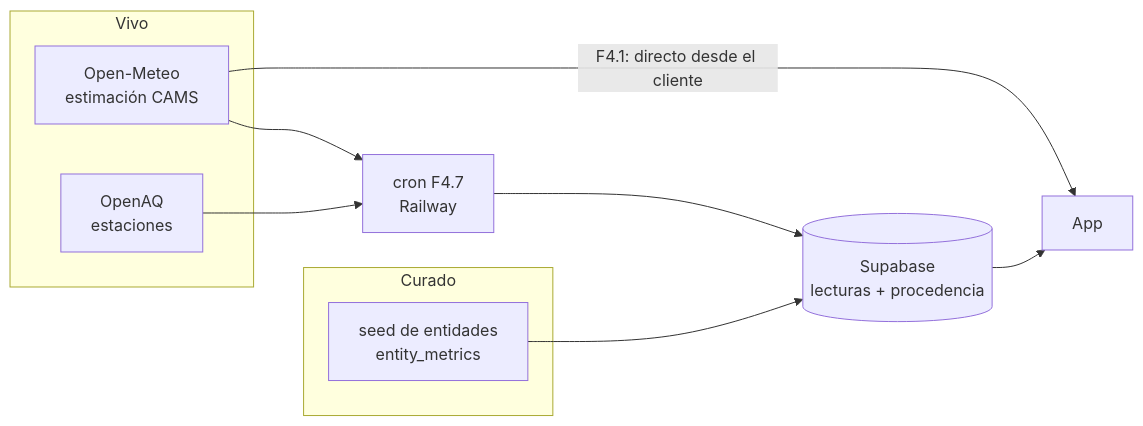
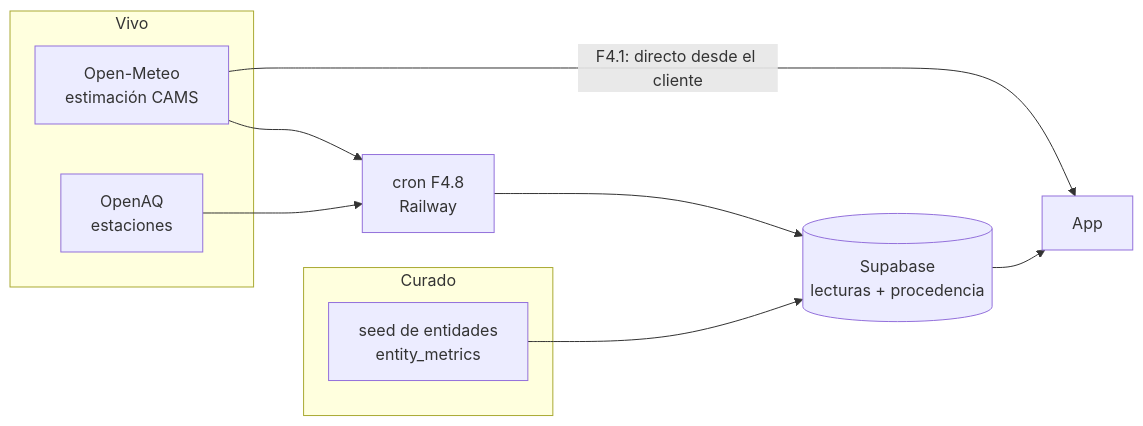
One commit to ExpeAvomo15/oveng-envhealth changed the diagram in docs/08_DATOS_EN_VIVO.md. Above: the diagram before and after it, drawn with Mermaid. The commit also changed other lines of this file and 132 other files, not shown here.

````diff
--- a/docs/08_DATOS_EN_VIVO.md
+++ b/docs/08_DATOS_EN_VIVO.md
@@ -113,20 +113,20 @@
 ```mermaid
 graph LR
     subgraph vivo["Vivo"]
         om["Open-Meteo<br/>estimación CAMS"]
         oaq["OpenAQ<br/>estaciones"]
     end
     subgraph curado["Curado"]
         seed["seed de entidades<br/>entity_metrics"]
     end
-    cron["cron F4.7<br/>Railway"]
+    cron["cron F4.8<br/>Railway"]
     db[("Supabase<br/>lecturas + procedencia")]
     app["App"]
 
     om -->|"F4.1: directo desde el cliente"| app
     om --> cron
     oaq --> cron
     cron --> db
     seed --> db
     db --> app
 ```
````
